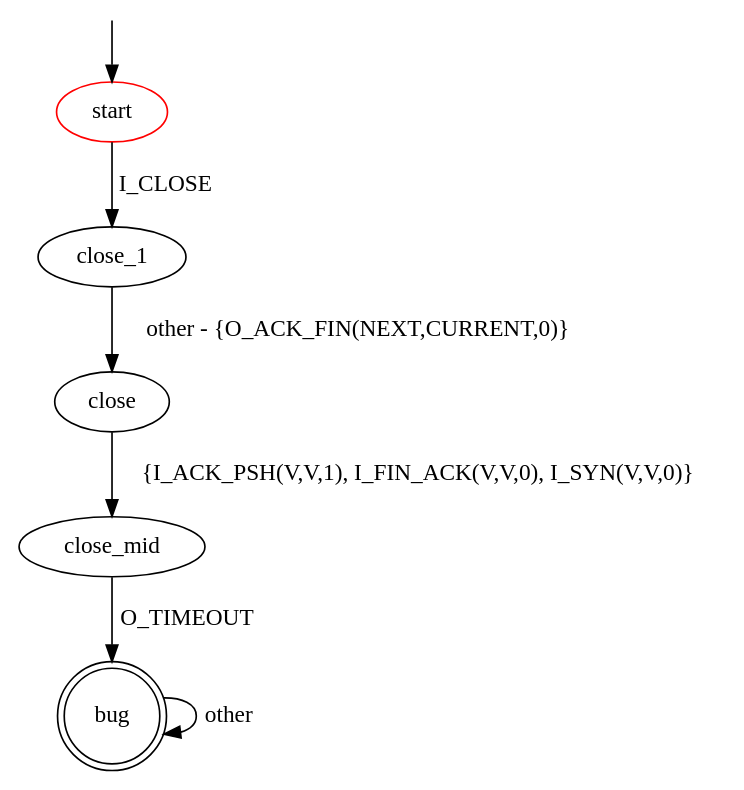
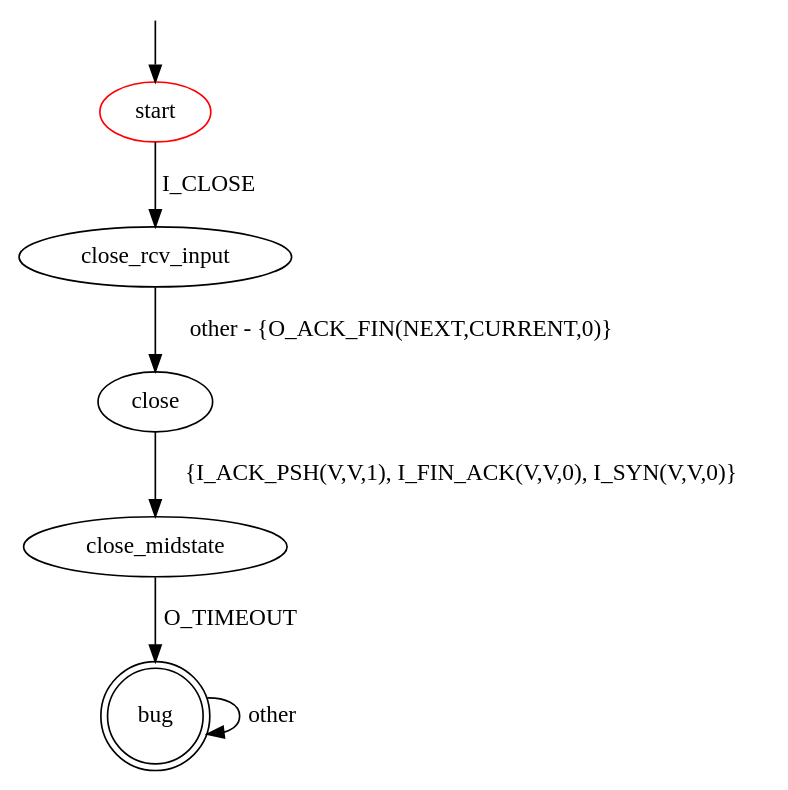
Before and after one commit to assist-project/state-machine-bug-finder: the diagram in src/main/resources/patterns/tcp/server/rst_absence_on_close_state.dot, drawn with Graphviz. The commit also changed other lines of this file and 3 other files, not shown here.

```diff
--- a/src/main/resources/patterns/tcp/server/rst_absence_on_close_state.dot
+++ b/src/main/resources/patterns/tcp/server/rst_absence_on_close_state.dot
@@ -1,16 +1,16 @@
 digraph G {
 label=""
 start [color="red"]
 bug [shape="doublecircle"]
 
-start -> close_1 [label="I_CLOSE"]
-close_1 -> close [label="other - {O_ACK_FIN(NEXT,CURRENT,0)}"]
-close -> close_mid [label="{I_ACK_PSH(V,V,1), I_FIN_ACK(V,V,0), I_SYN(V,V,0)}"]
-close_mid -> bug [label="O_TIMEOUT"]
+start -> close_rcv_input [label="I_CLOSE"]
+close_rcv_input -> close [label="other - {O_ACK_FIN(NEXT,CURRENT,0)}"]
+close -> close_midstate [label="{I_ACK_PSH(V,V,1), I_FIN_ACK(V,V,0), I_SYN(V,V,0)}"]
+close_midstate -> bug [label="O_TIMEOUT"]
 
 
 bug -> bug [label="other"]
 
 __start0 [label="" shape="none" width="0" height="0"];
 __start0 -> start;
 }
```
